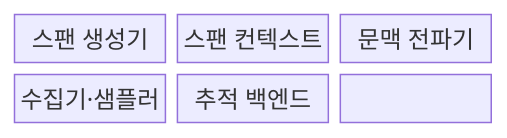
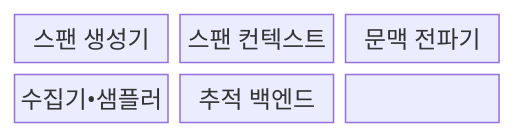
One commit to agnusdei1207/knowledge-base changed the first of 2 diagrams in src/content/docs/notes/08-latest-tech/171_distributed_tracing.md. Above: the diagram before and after it, drawn with Mermaid. The commit also changed other lines of this file and 953 other files, not shown here.

````diff
--- a/src/content/docs/notes/08-latest-tech/171_distributed_tracing.md
+++ b/src/content/docs/notes/08-latest-tech/171_distributed_tracing.md
@@ -70,11 +70,11 @@
 ```mermaid
 block-beta
   columns 3
   N0["스팬 생성기"]
   N1["스팬 컨텍스트"]
   N2["문맥 전파기"]
-  N3["수집기·샘플러"]
+  N3["수집기•샘플러"]
   N4["추적 백엔드"]
   N0 --- N1 --- N2
   N2 --- N3 --- N4
 ```
````
